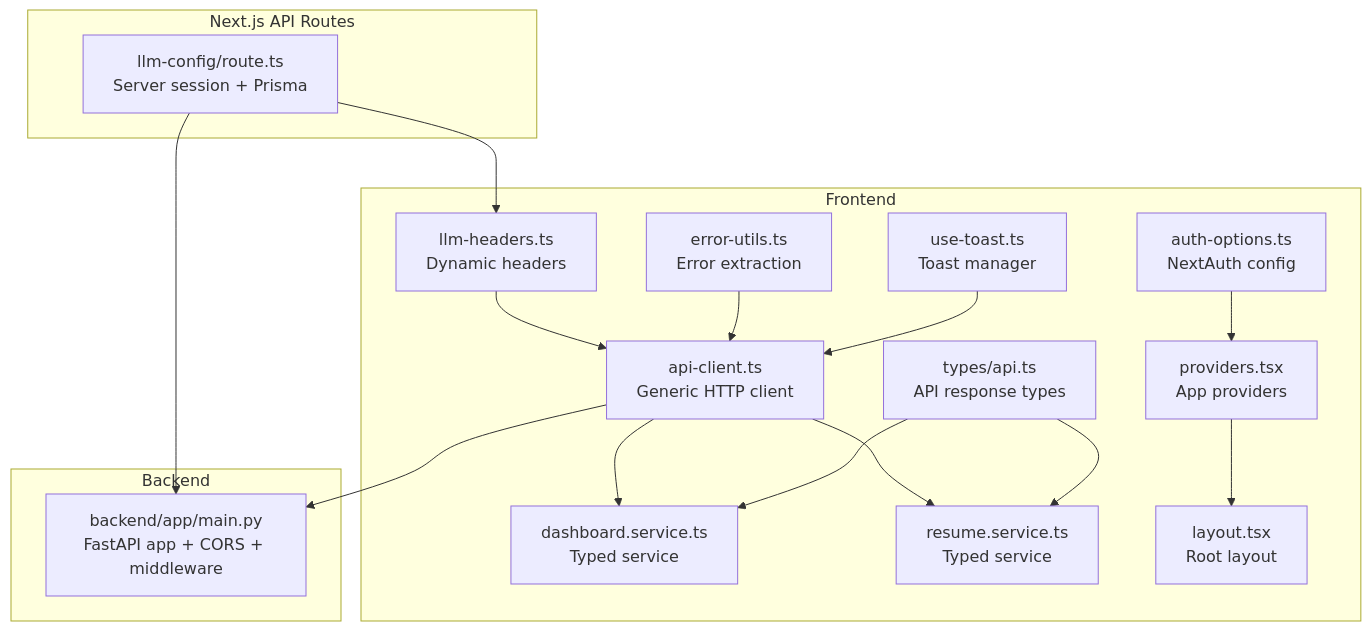
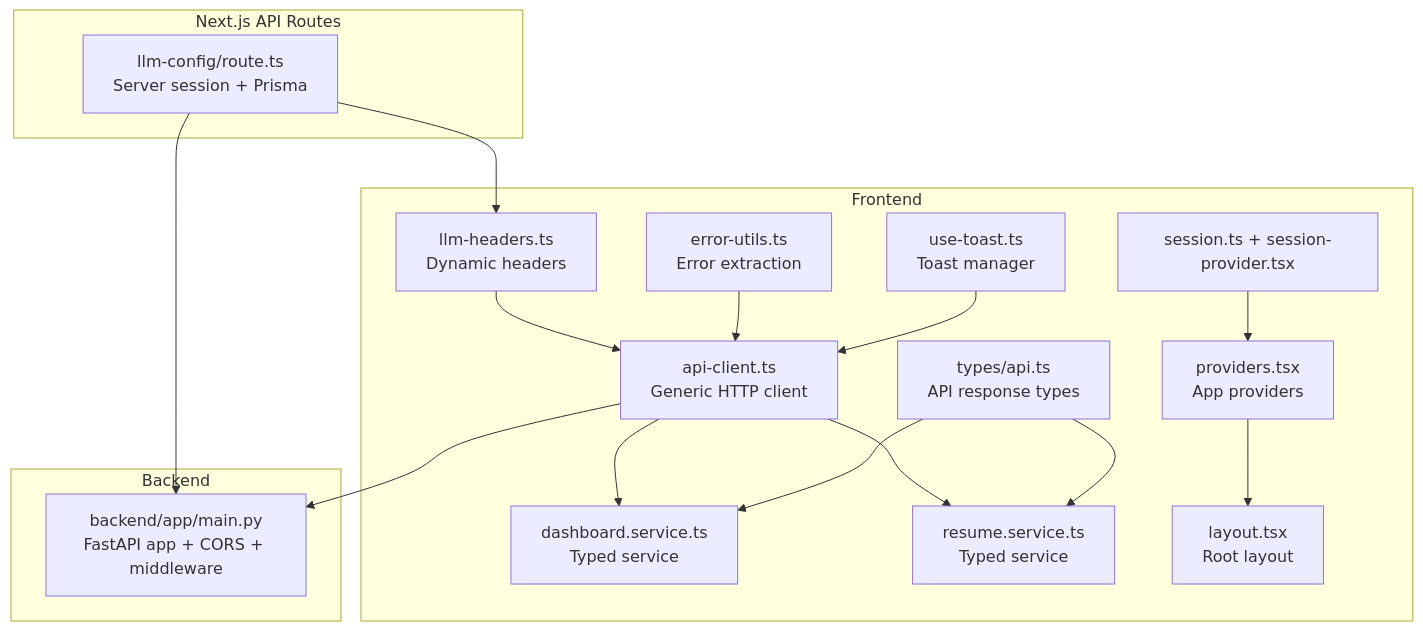
The first of 9 diagrams in src/data/docs/talentsync/API Client Libraries.md (tashifkhan/tashif.codes), drawn with Mermaid before and after one commit. The commit also changed other lines of this file and 2128 other files, not shown here.

First line of the commit message:
docs: replace raster diagram images with native Mermaid across project guides

````diff
--- a/src/data/docs/talentsync/API Client Libraries.md
+++ b/src/data/docs/talentsync/API Client Libraries.md
@@ -9,33 +8,33 @@
 ```mermaid
 graph TB
 subgraph "Frontend"
 AC["api-client.ts<br/>Generic HTTP client"]
 DS["dashboard.service.ts<br/>Typed service"]
 RS["resume.service.ts<br/>Typed service"]
 LH["llm-headers.ts<br/>Dynamic headers"]
-AU["auth-options.ts<br/>NextAuth config"]
+AU["session.ts + session-provider.tsx"]
 EU["error-utils.ts<br/>Error extraction"]
 AT["types/api.ts<br/>API response types"]
 PR["providers.tsx<br/>App providers"]
 LT["layout.tsx<br/>Root layout"]
 UT["use-toast.ts<br/>Toast manager"]
 end
 subgraph "Next.js API Routes"
 LR["llm-config/route.ts<br/>Server session + Prisma"]
 end
 subgraph "Backend"
 BM["backend/app/main.py<br/>FastAPI app + CORS + middleware"]
 end
 AC --> DS
 AC --> RS
 LH --> AC
 AU --> PR
 PR --> LT
 LR --> LH
 AC --> BM
 LR --> BM
 EU --> AC
 AT --> DS
 AT --> RS
 UT --> AC
 ```
````
